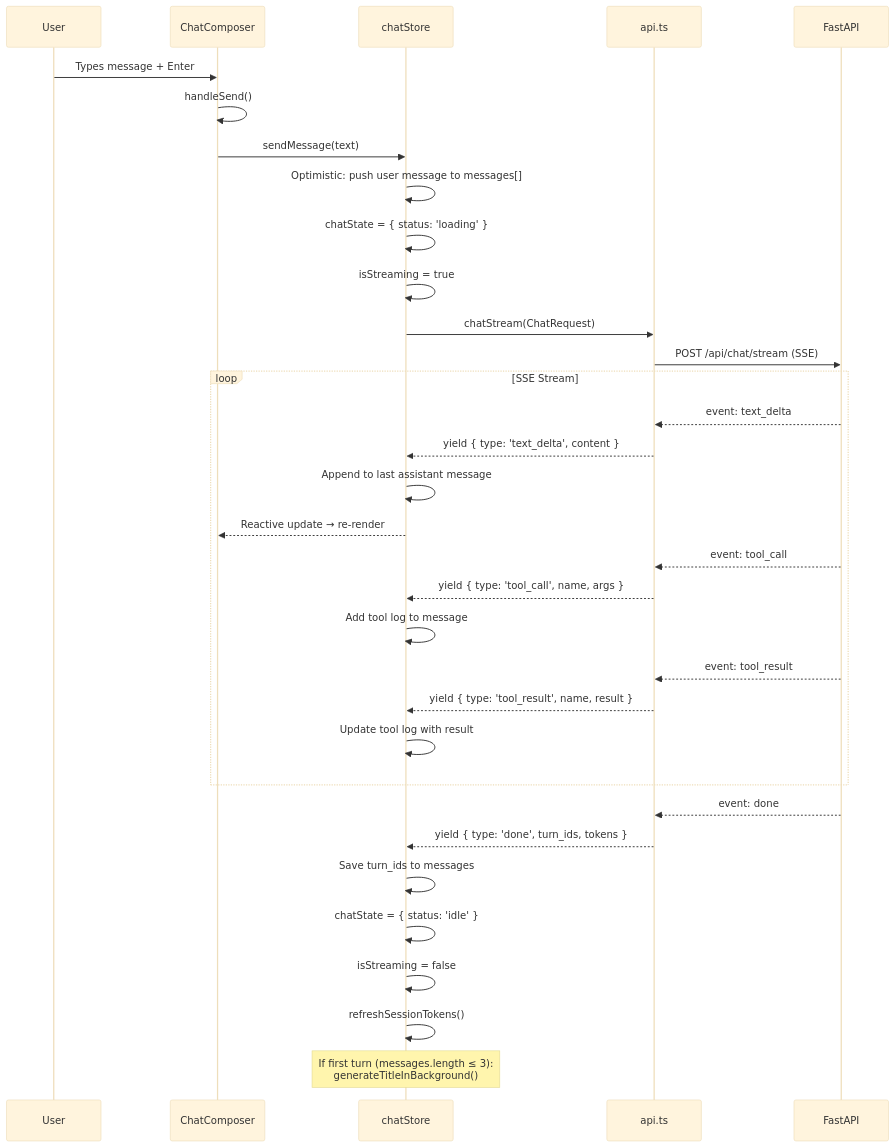
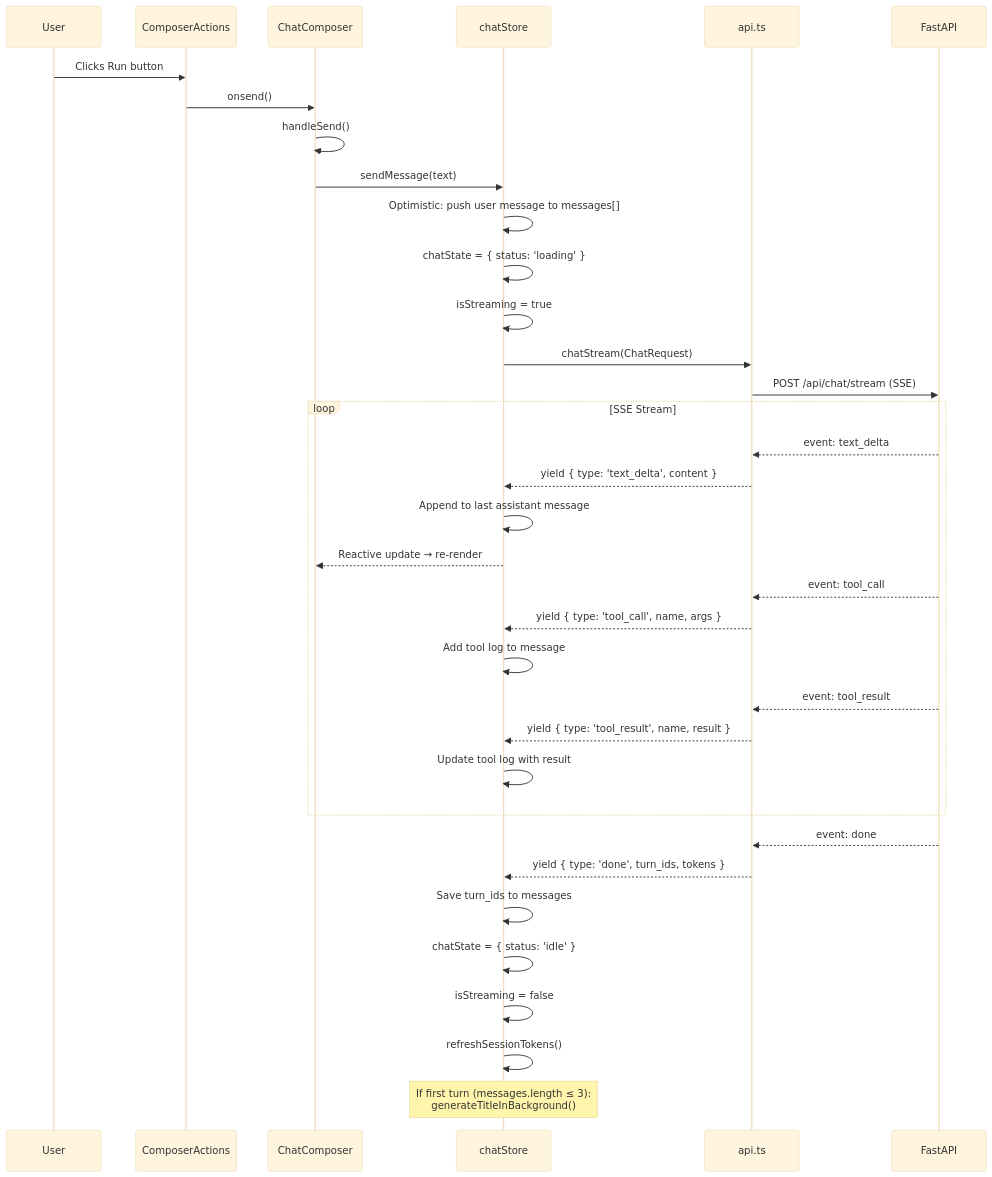
Before and after one commit to m1981/kuchnie: the fourth of 12 diagrams in kitchen-agent/docs/specs/frontend-diagrams.md, drawn with Mermaid (base theme). The commit also changed other lines of this file and 1 other file, not shown here.

First line of the commit message:
docs: update architecture diagrams for refactor v2

````diff
--- a/kitchen-agent/docs/specs/frontend-diagrams.md
+++ b/kitchen-agent/docs/specs/frontend-diagrams.md
@@ -213,43 +255,45 @@
 ```mermaid
 sequenceDiagram
     participant User
+    participant Actions as ComposerActions
     participant Composer as ChatComposer
     participant Store as chatStore
     participant API as api.ts
     participant Backend as FastAPI
 
-    User->>Composer: Types message + Enter
+    User->>Actions: Clicks Run button
+    Actions->>Composer: onsend()
     Composer->>Composer: handleSend()
     Composer->>Store: sendMessage(text)
 
     Store->>Store: Optimistic: push user message to messages[]
     Store->>Store: chatState = { status: 'loading' }
     Store->>Store: isStreaming = true
 
     Store->>API: chatStream(ChatRequest)
     API->>Backend: POST /api/chat/stream (SSE)
 
     loop SSE Stream
         Backend-->>API: event: text_delta
         API-->>Store: yield { type: 'text_delta', content }
         Store->>Store: Append to last assistant message
         Store-->>Composer: Reactive update → re-render
 
         Backend-->>API: event: tool_call
         API-->>Store: yield { type: 'tool_call', name, args }
         Store->>Store: Add tool log to message
 
         Backend-->>API: event: tool_result
         API-->>Store: yield { type: 'tool_result', name, result }
         Store->>Store: Update tool log with result
     end
 
     Backend-->>API: event: done
     API-->>Store: yield { type: 'done', turn_ids, tokens }
     Store->>Store: Save turn_ids to messages
     Store->>Store: chatState = { status: 'idle' }
     Store->>Store: isStreaming = false
     Store->>Store: refreshSessionTokens()
 
     Note over Store: If first turn (messages.length ≤ 3):<br/>generateTitleInBackground()
 ```
````
